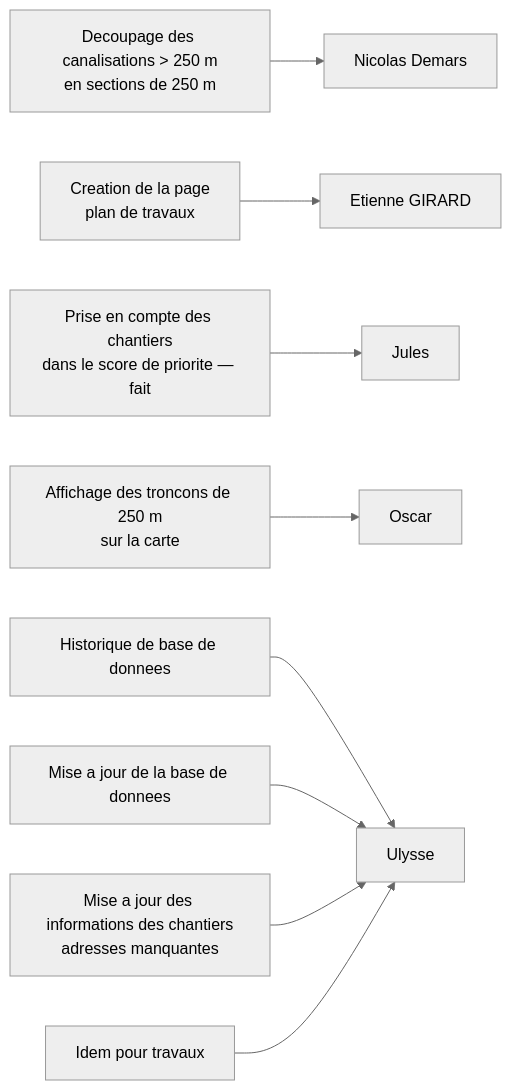
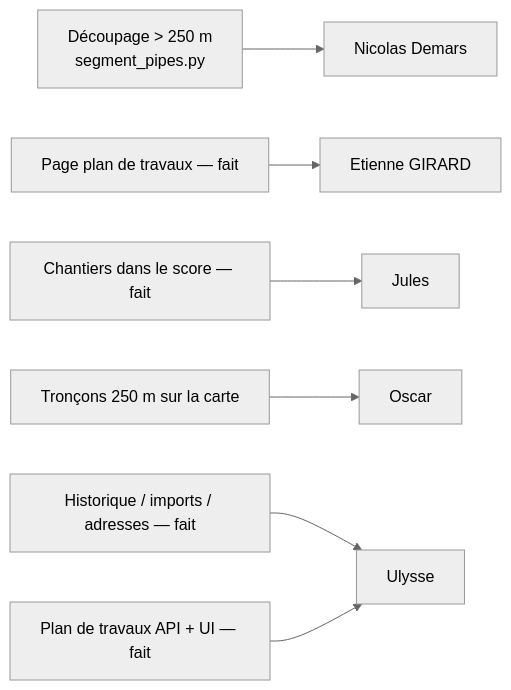
Before and after one commit to JulesCinc/RenovTaCana: the diagram in README.md, drawn with Mermaid (neutral theme). The commit also changed other lines of this file, not shown here.

````diff
--- a/README.md
+++ b/README.md
@@ -63,11 +155,9 @@
 ```mermaid
 flowchart LR
-    N1[Decoupage des canalisations > 250 m<br/>en sections de 250 m] --> N[Nicolas Demars]
-    E1[Creation de la page<br/>plan de travaux] --> E[Etienne GIRARD]
-    J1[Prise en compte des chantiers<br/>dans le score de priorite — fait] --> J[Jules]
-    O1[Affichage des troncons de 250 m<br/>sur la carte] --> O[Oscar]
-    U1[Historique de base de donnees] --> U[Ulysse]
-    U2[Mise a jour de la base de donnees] --> U
-    U3[Mise a jour des informations des chantiers<br/>adresses manquantes] --> U
-    U4[Idem pour travaux] --> U
+    N1[Découpage > 250 m<br/>segment_pipes.py] --> N[Nicolas Demars]
+    E1[Page plan de travaux — fait] --> E[Etienne GIRARD]
+    J1[Chantiers dans le score — fait] --> J[Jules]
+    O1[Tronçons 250 m sur la carte] --> O[Oscar]
+    U1[Historique / imports / adresses — fait] --> U[Ulysse]
+    U2[Plan de travaux API + UI — fait] --> U
 ```
````
